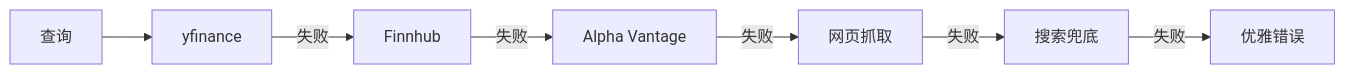
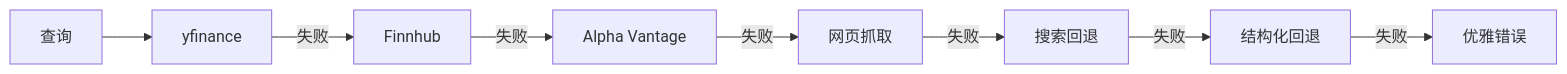
Before and after one commit to kkkano/FinSight: the third of 3 diagrams in readme_cn.md, drawn with Mermaid. The commit also changed other lines of this file and 6 other files, not shown here.

````diff
--- a/readme_cn.md
+++ b/readme_cn.md
@@ -171,9 +155,10 @@
 ```mermaid
 graph LR
     Q[查询] --> A[yfinance]
     A -->|失败| B[Finnhub]
     B -->|失败| C[Alpha Vantage]
     C -->|失败| D[网页抓取]
-    D -->|失败| E[搜索兜底]
-    E -->|失败| F[优雅错误]
+    D -->|失败| E[搜索回退]
+    E -->|失败| F[结构化回退]
+    F -->|失败| G[优雅错误]
 ```
````
